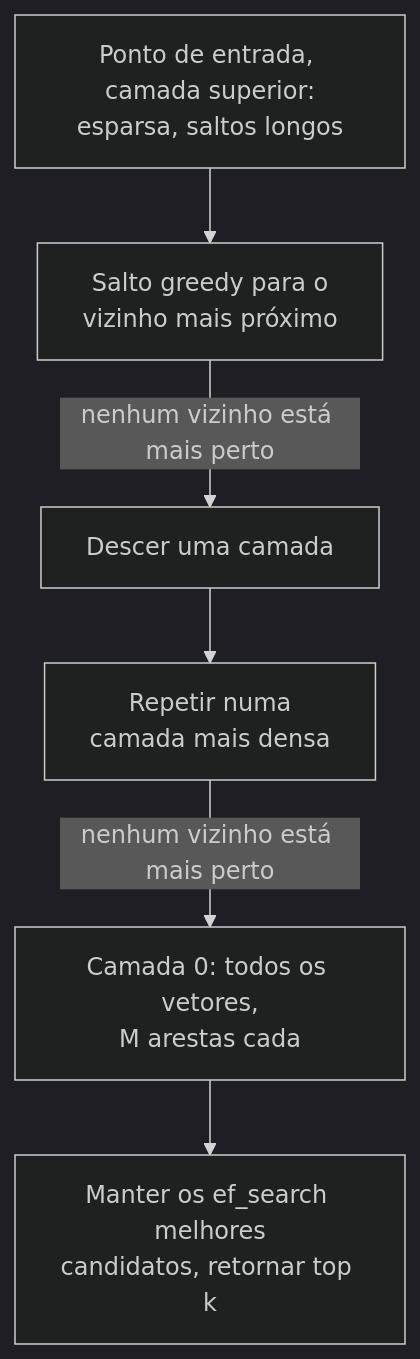
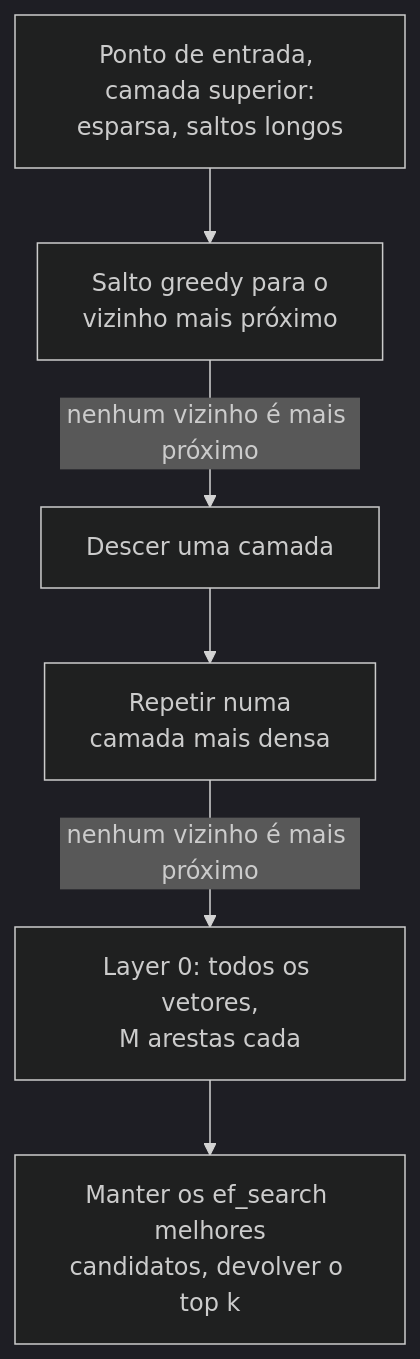
Before and after one commit to andrevberaldo/AI-Engineer-Interview-Questions: the tenth of 30 diagrams in 04-rag-and-retrieval/questions.pt-BR.md, drawn with Mermaid (dark theme). The commit also changed other lines of this file and 1 other file, not shown here.

````diff
--- a/04-rag-and-retrieval/questions.pt-BR.md
+++ b/04-rag-and-retrieval/questions.pt-BR.md
@@ -489,8 +489,8 @@
 ```mermaid
 flowchart TD
     E["Ponto de entrada, camada superior:<br/>esparsa, saltos longos"] --> G1["Salto greedy para o<br/>vizinho mais próximo"]
-    G1 -->|"nenhum vizinho está mais perto"| D1["Descer uma camada"]
+    G1 -->|"nenhum vizinho é mais próximo"| D1["Descer uma camada"]
     D1 --> G2["Repetir numa<br/>camada mais densa"]
-    G2 -->|"nenhum vizinho está mais perto"| L0["Camada 0: todos os vetores,<br/>M arestas cada"]
-    L0 --> B["Manter os ef_search melhores<br/>candidatos, retornar top k"]
+    G2 -->|"nenhum vizinho é mais próximo"| L0["Layer 0: todos os vetores,<br/>M arestas cada"]
+    L0 --> B["Manter os ef_search melhores<br/>candidatos, devolver o top k"]
 ```
````
